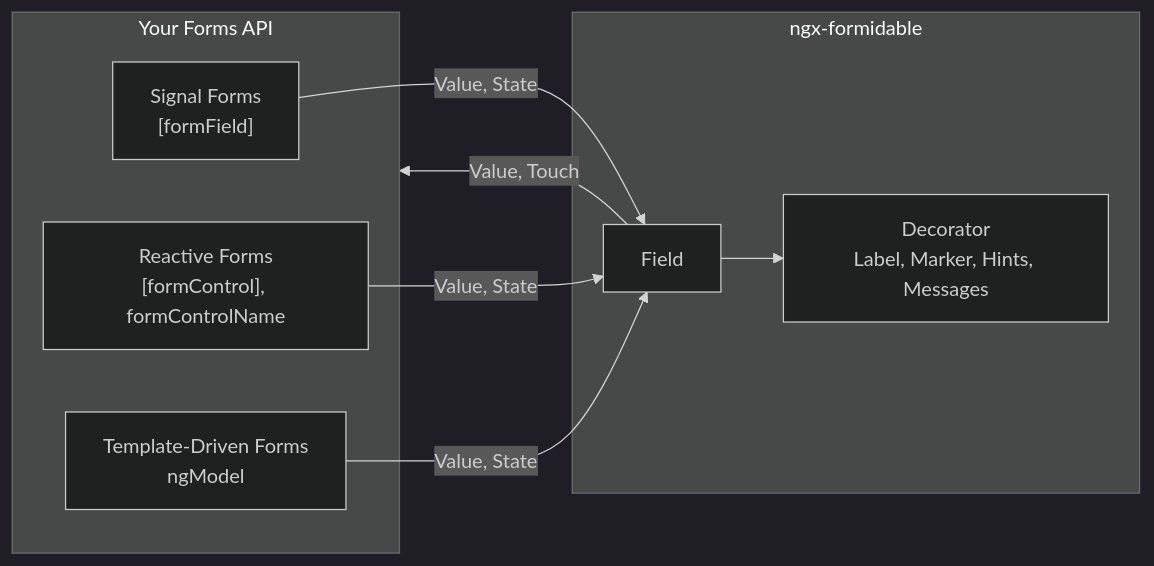
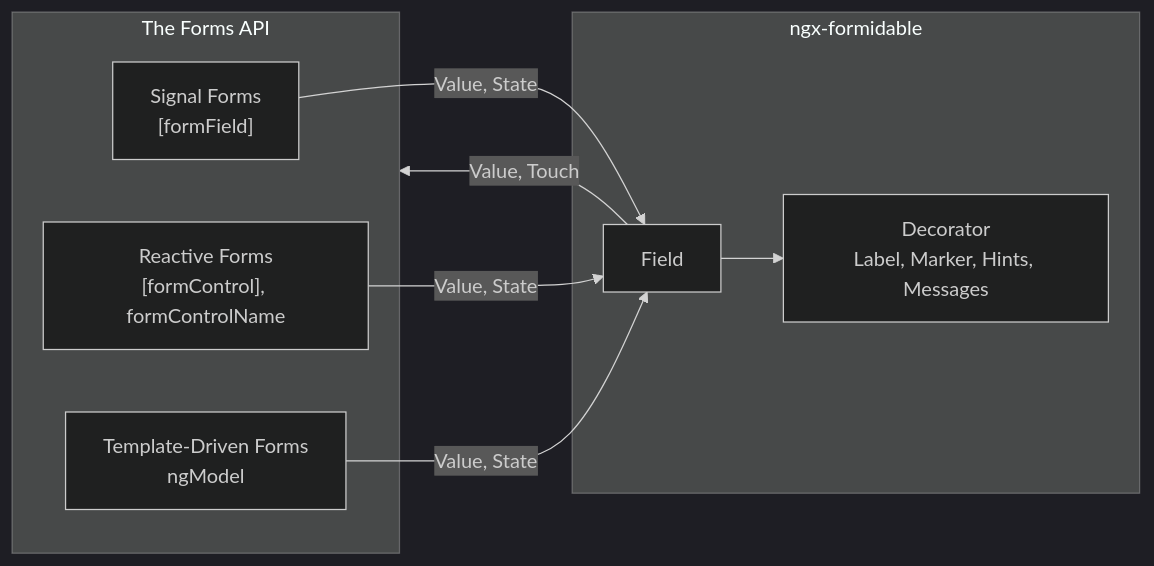
Before and after one commit to Cynthion/ngx-formidable: the first of 2 diagrams in .documentation/user/forms.md, drawn with Mermaid (dark theme). The commit also changed other lines of this file and 15 other files, not shown here.

````diff
--- a/.documentation/user/forms.md
+++ b/.documentation/user/forms.md
@@ -7,17 +9,17 @@
 ```mermaid
 flowchart LR
-  subgraph Api["Your Forms API"]
+  subgraph Api["The Forms API"]
     SF["Signal Forms<br/>[formField]"]
     RF["Reactive Forms<br/>[formControl], formControlName"]
     TD["Template-Driven Forms<br/>ngModel"]
   end
   subgraph Lib["ngx-formidable"]
     Field["Field"]
     Decorator["Decorator<br/>Label, Marker, Hints, Messages"]
   end
   SF -- "Value, State" --> Field
   RF -- "Value, State" --> Field
   TD -- "Value, State" --> Field
   Field -- "Value, Touch" --> Api
   Field --> Decorator
 ```
````
